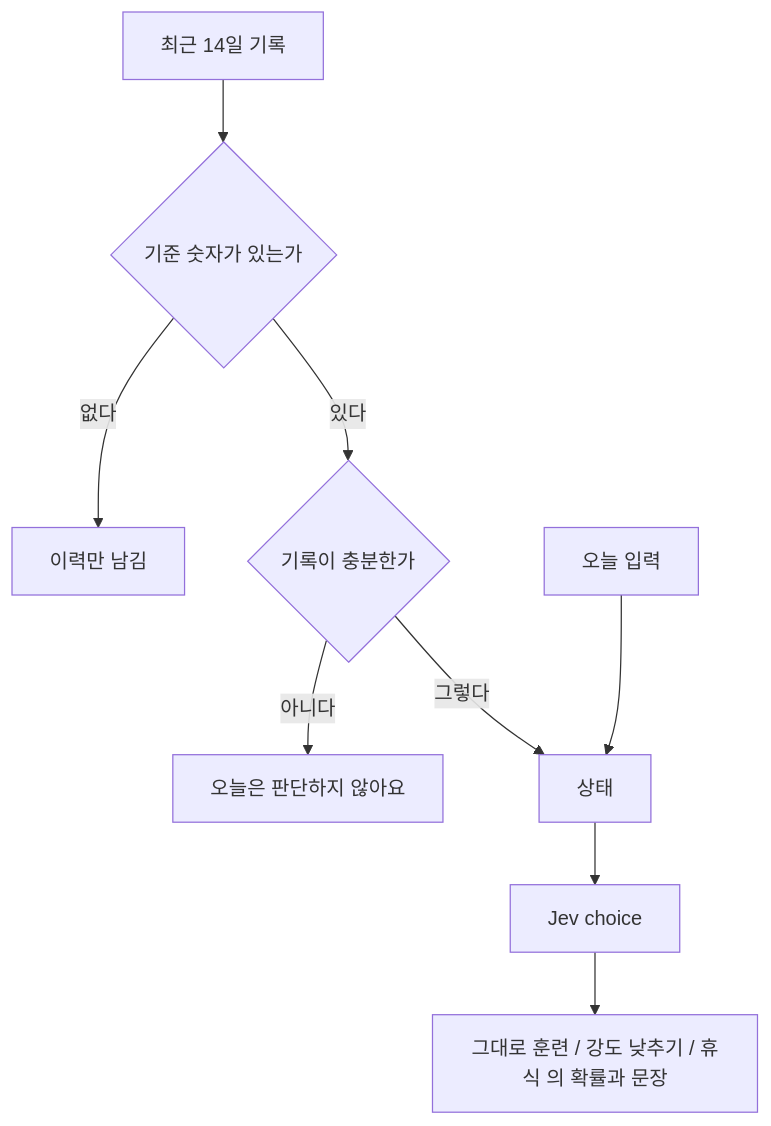
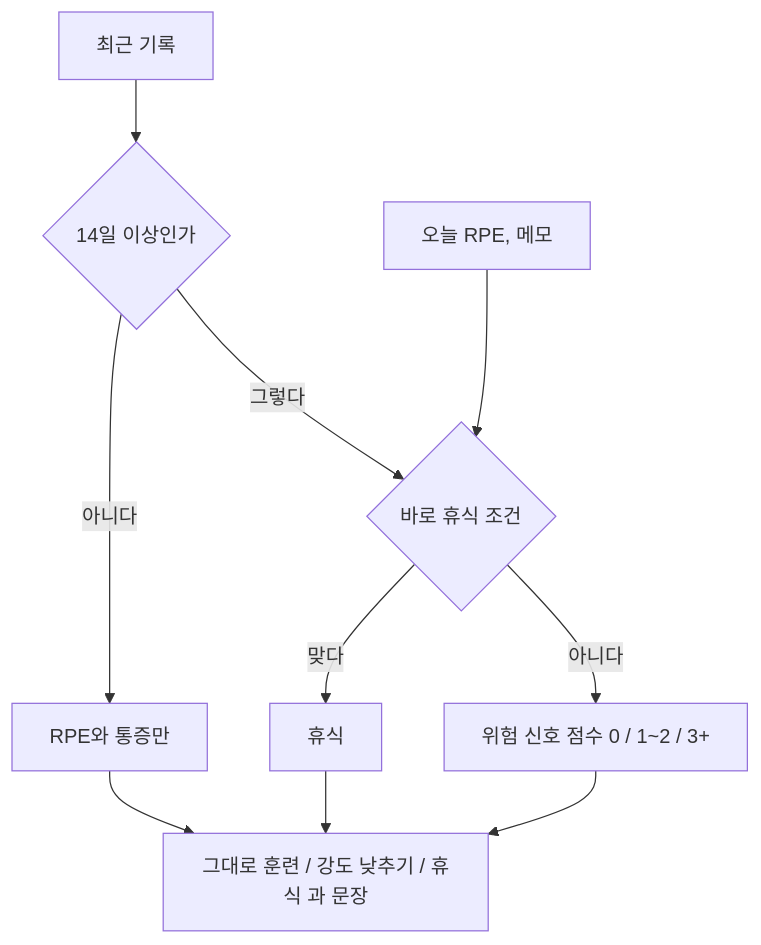
Before and after one commit to BeomhyunPark/hoohaa: the diagram in docs/v4/features/condition.md, drawn with Mermaid. The commit also changed other lines of this file and 17 other files, not shown here.

````diff
--- a/docs/v4/features/condition.md
+++ b/docs/v4/features/condition.md
@@ -23,11 +23,12 @@
 ```mermaid
 flowchart TD
-  rec["최근 14일 기록"] --> ready{"기준 숫자가 있는가"}
-  ready -->|없다| hist["이력만 남김"]
-  ready -->|있다| enough{"기록이 충분한가"}
-  enough -->|아니다| hold["오늘은 판단하지 않아요"]
-  enough -->|그렇다| state["상태"]
-  today["오늘 입력"] --> state
-  state --> jev["Jev choice"]
-  jev --> show["그대로 훈련 / 강도 낮추기 / 휴식 의 확률과 문장"]
+  rec["최근 기록"] --> enough{"14일 이상인가"}
+  today["오늘 RPE, 메모"] --> over
+  enough -->|아니다| rpe["RPE와 통증만"]
+  enough -->|그렇다| over{"바로 휴식 조건"}
+  rpe --> show
+  over -->|맞다| rest["휴식"]
+  over -->|아니다| score["위험 신호 점수 0 / 1~2 / 3+"]
+  rest --> show["그대로 훈련 / 강도 낮추기 / 휴식 과 문장"]
+  score --> show
 ```
````
